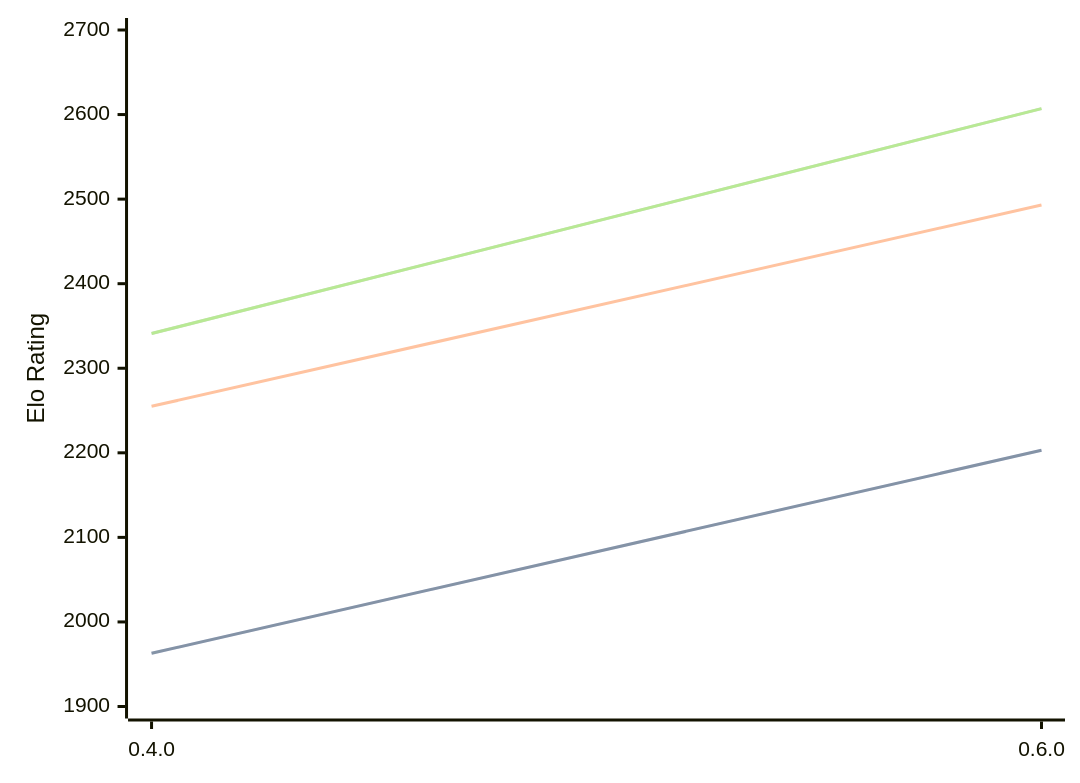
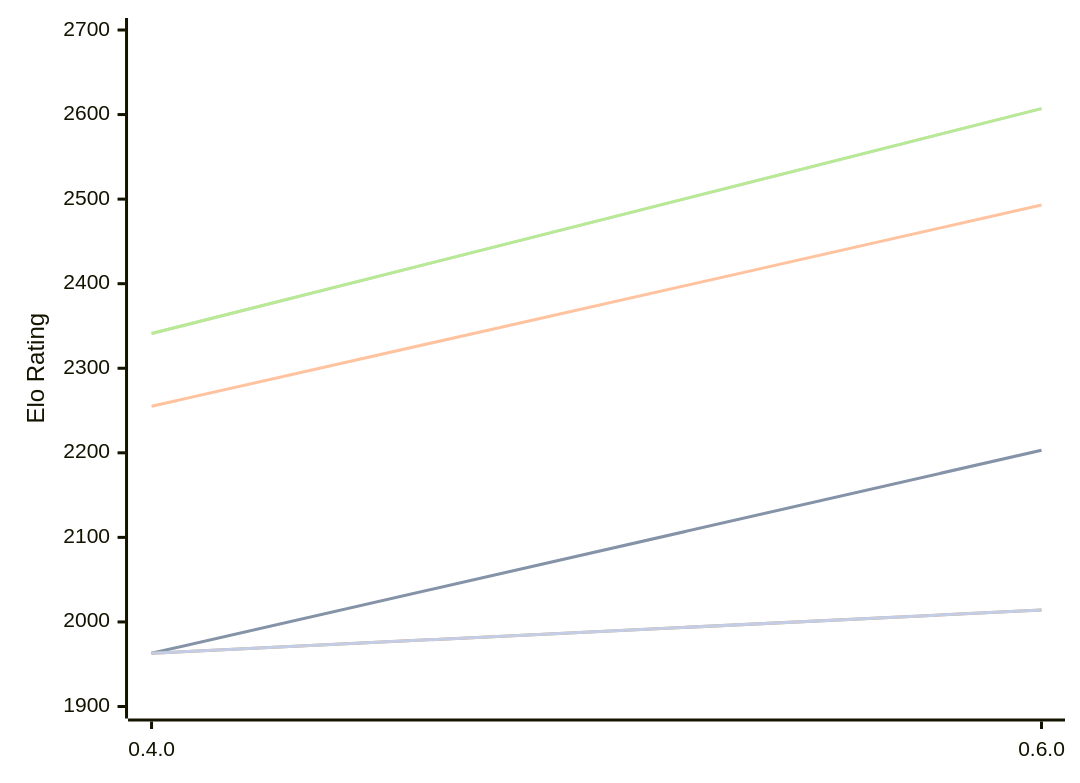
The diagram in engines/Ariadne.md (computer-chess-index/cci), drawn with Mermaid before and after one commit. The commit also changed other lines of this file, not shown here.

Commit message:
Update CCI Ratings (ELO VLTC) - 2026-10-11

````diff
--- a/engines/Ariadne.md
+++ b/engines/Ariadne.md
@@ -48,16 +48,13 @@
 ```mermaid
 %%{init: {"theme":"base","themeVariables":{"seriesColors:['#a3a3a3','#222221','#faa371']}}}%%
 xychart-beta
   x-axis ["0.4.0", "0.6.0"]
   y-axis "Elo Rating" 1900 --> 2700
   line "" [1963, 2203]
   line "T1: STC (8.0+0.08s)" [1963, 2203]
   line "T1: LTC (60.0+0.60s)" [2255, 2493]
   line "" [2341, 2607]
   line "T1: VLTC (2m24s+1.12s)" [2341, 2607]
-  line "" [2002]
-  line "E1: STC (8.0+0.08s)" [2002]
-  line "E1: LTC (60.0+0.60s)" [2381]
-  line "" [2469]
-  line "E1: VLTC (2m24s+1.12s)" [2469]
+  line "" [1963,2014]
+  line "E1: STC (8.0+0.08s)" [1963,2014]
 ```
````
